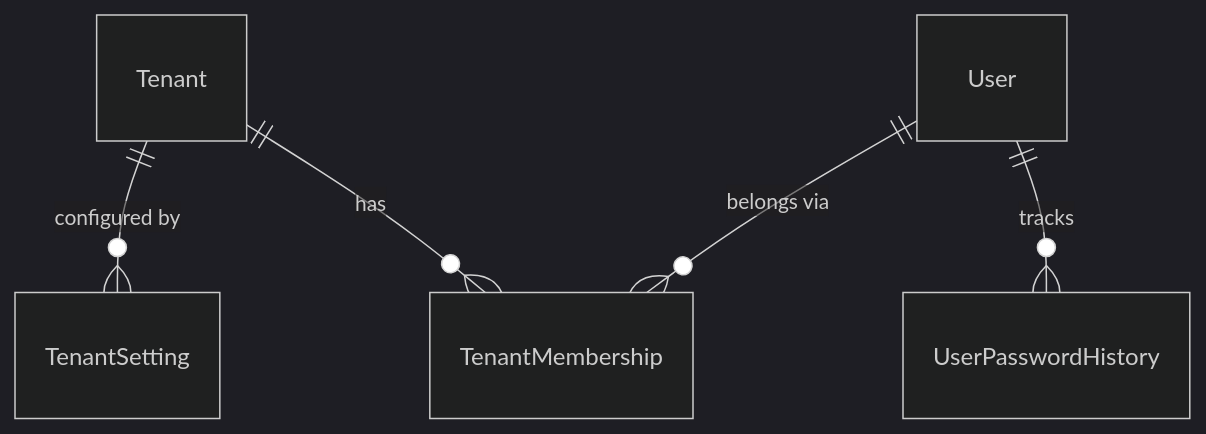
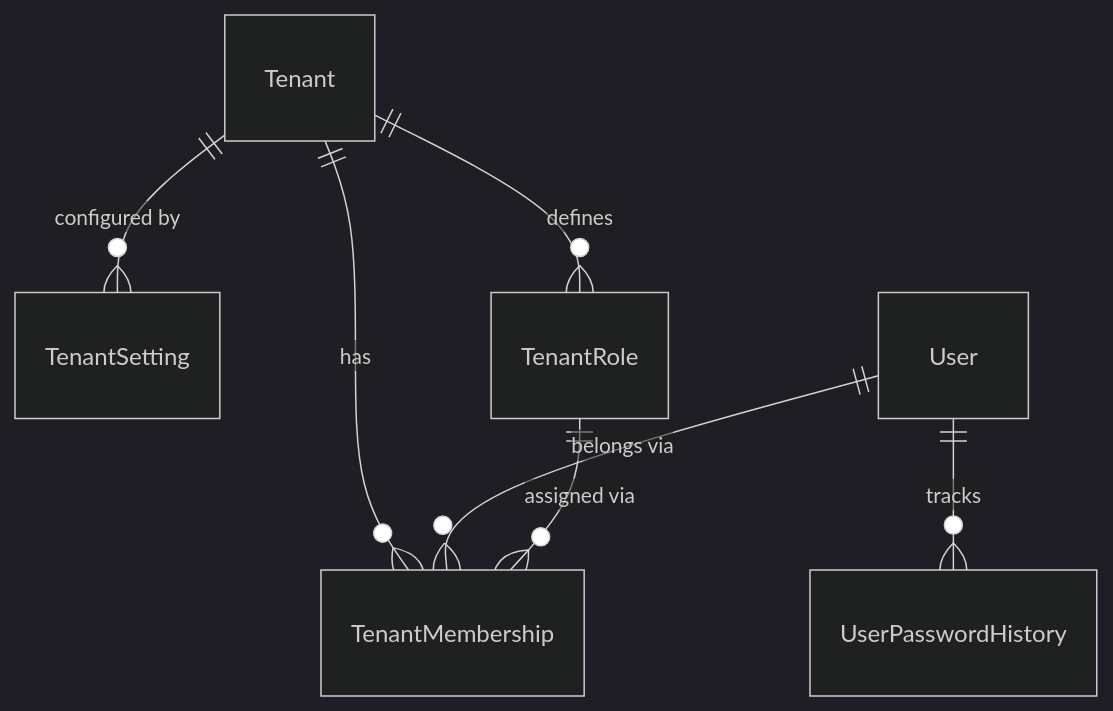
The first of 5 diagrams in docs/data-model.md (camercadop/drf-enterprise-information-platform), drawn with Mermaid (dark theme) before and after one commit. The commit also changed other lines of this file and 64 other files, not shown here.

````diff
--- a/docs/data-model.md
+++ b/docs/data-model.md
@@ -7,7 +7,9 @@
 ```mermaid
 erDiagram
     Tenant ||--o{ TenantSetting : "configured by"
+    Tenant ||--o{ TenantRole : "defines"
     Tenant ||--o{ TenantMembership : "has"
     User ||--o{ TenantMembership : "belongs via"
     User ||--o{ UserPasswordHistory : "tracks"
+    TenantRole ||--o{ TenantMembership : "assigned via"
 ```
````
